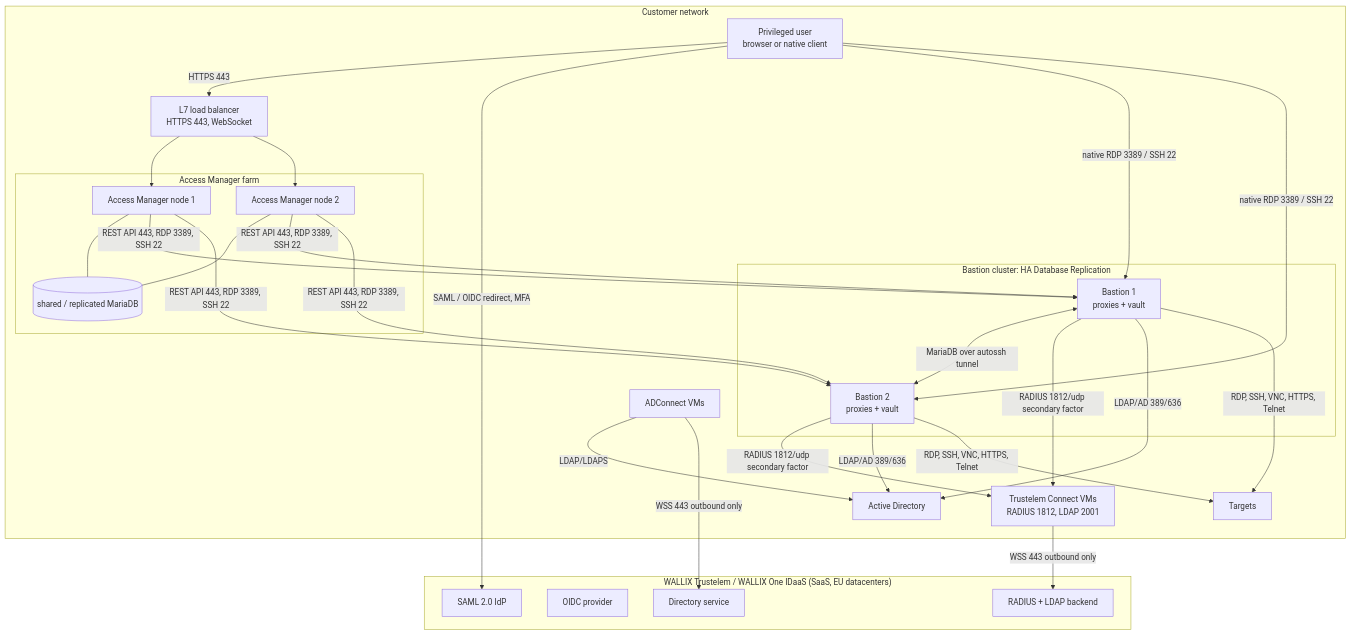
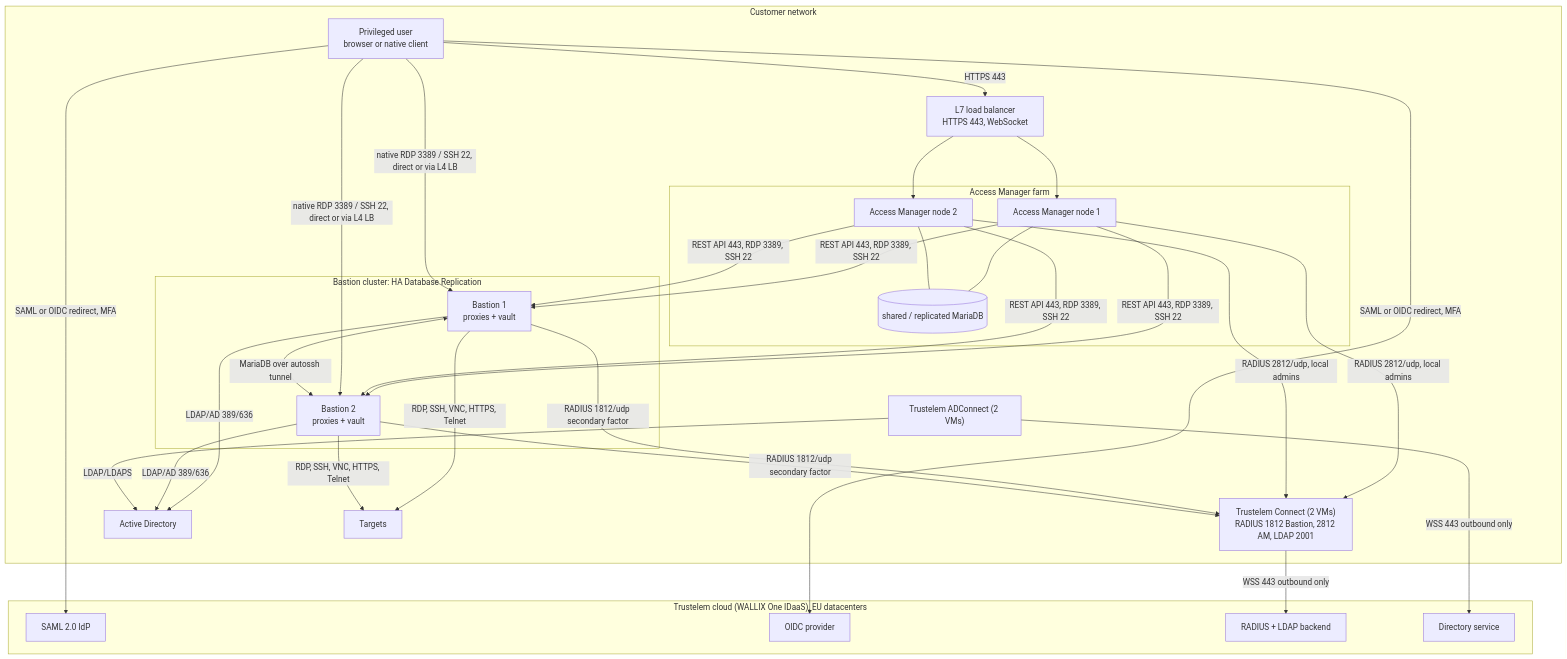
One commit to morandeirachema/Trustelem- changed the diagram in tools/diagrams/01-high-level.mmd. Above: the diagram before and after it, drawn with Mermaid. The commit also changed 19 other files, not shown here.

Commit message:
Audit pass 2: diagrams synced with text, AM RADIUS listener 2812, Authentication domain name rule, gap B7

```diff
--- a/tools/diagrams/01-high-level.mmd
+++ b/tools/diagrams/01-high-level.mmd
@@ -1,38 +1,39 @@
 flowchart TB
-    subgraph CLOUD["WALLIX Trustelem / WALLIX One IDaaS (SaaS, EU datacenters)"]
+    subgraph CLOUD["Trustelem cloud (WALLIX One IDaaS), EU datacenters"]
         SAML["SAML 2.0 IdP"]
         OIDC["OIDC provider"]
         RAD["RADIUS + LDAP backend"]
         DIR["Directory service"]
     end
     subgraph ONPREM["Customer network"]
         USER["Privileged user<br/>browser or native client"]
         LB["L7 load balancer<br/>HTTPS 443, WebSocket"]
         subgraph AMC["Access Manager farm"]
             AM1["Access Manager node 1"]
             AM2["Access Manager node 2"]
             DB[("shared / replicated MariaDB")]
         end
         subgraph BC["Bastion cluster: HA Database Replication"]
             B1["Bastion 1<br/>proxies + vault"]
             B2["Bastion 2<br/>proxies + vault"]
         end
-        CONNECT["Trustelem Connect VMs<br/>RADIUS 1812, LDAP 2001"]
-        ADC["ADConnect VMs"]
+        CONNECT["Trustelem Connect (2 VMs)<br/>RADIUS 1812 Bastion, 2812 AM, LDAP 2001"]
+        ADC["Trustelem ADConnect (2 VMs)"]
         AD["Active Directory"]
         TGT["Targets"]
     end
     USER -->|HTTPS 443| LB
-    USER -->|SAML / OIDC redirect, MFA| SAML
+    USER -->|SAML or OIDC redirect, MFA| SAML & OIDC
     LB --> AM1 & AM2
     AM1 --- DB
     AM2 --- DB
     AM1 & AM2 -->|REST API 443, RDP 3389, SSH 22| B1 & B2
-    USER -->|native RDP 3389 / SSH 22| B1 & B2
+    USER -->|native RDP 3389 / SSH 22, direct or via L4 LB| B1 & B2
+    AM1 & AM2 -->|RADIUS 2812/udp, local admins| CONNECT
     B1 <-->|MariaDB over autossh tunnel| B2
     B1 & B2 -->|RADIUS 1812/udp secondary factor| CONNECT
     B1 & B2 -->|LDAP/AD 389/636| AD
     CONNECT -->|WSS 443 outbound only| RAD
     ADC -->|LDAP/LDAPS| AD
     ADC -->|WSS 443 outbound only| DIR
     B1 & B2 -->|RDP, SSH, VNC, HTTPS, Telnet| TGT
```
